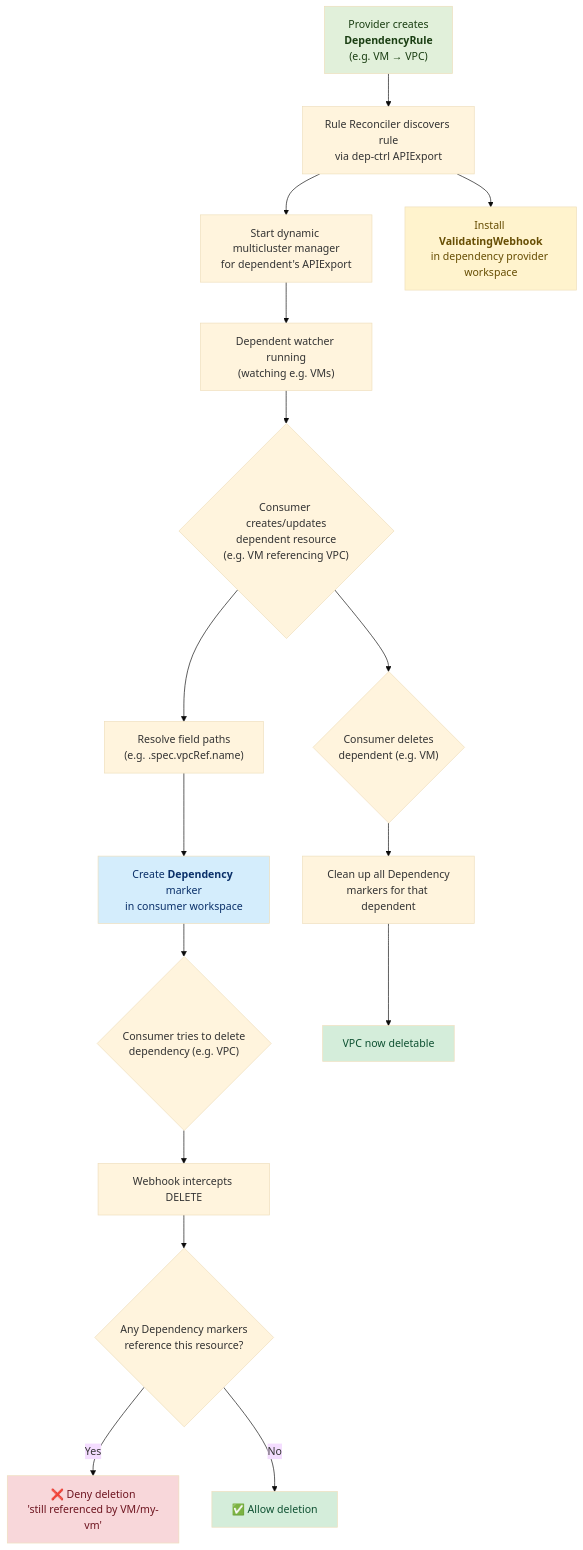
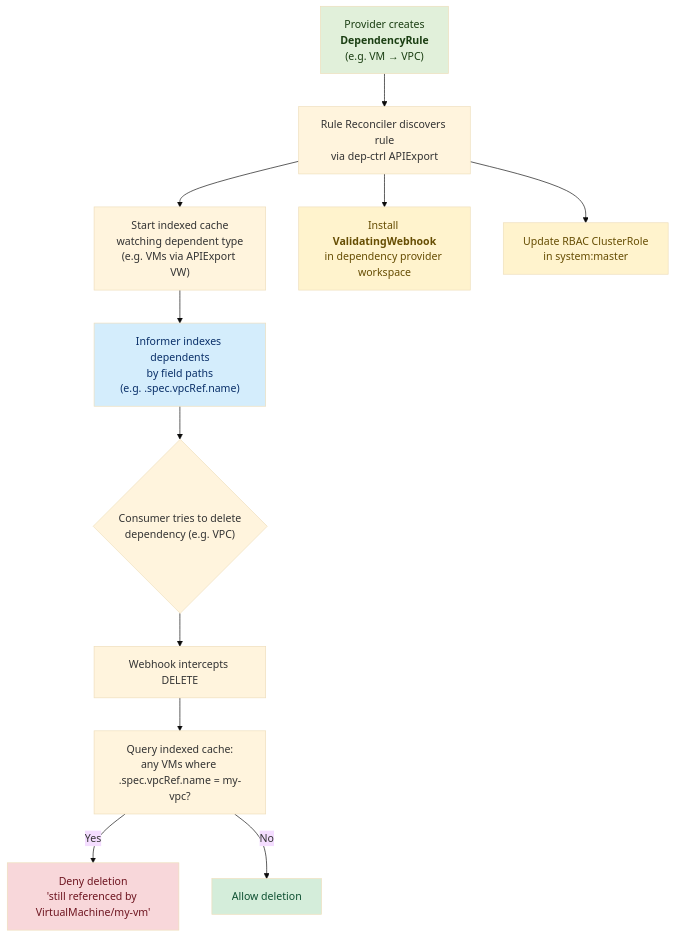
The first of 2 diagrams in README.md (opendefensecloud/dependency-controller), drawn with Mermaid (base theme) before and after one commit. The commit also changed other lines of this file and 19 other files, not shown here.

````diff
--- a/README.md
+++ b/README.md
@@ -16,29 +16,22 @@
 ```mermaid
 flowchart TD
     A["Provider creates<br/><b>DependencyRule</b><br/>(e.g. VM → VPC)"] --> B["Rule Reconciler discovers rule<br/>via dep-ctrl APIExport"]
-    B --> C["Start dynamic multicluster manager<br/>for dependent's APIExport"]
+    B --> C["Start indexed cache<br/>watching dependent type<br/>(e.g. VMs via APIExport VW)"]
     B --> D["Install <b>ValidatingWebhook</b><br/>in dependency provider workspace"]
+    B --> E["Update RBAC ClusterRole<br/>in system:master"]
 
-    C --> E["Dependent watcher running<br/>(watching e.g. VMs)"]
+    C --> F["Informer indexes dependents<br/>by field paths<br/>(e.g. .spec.vpcRef.name)"]
 
-    E --> F{"Consumer creates/updates<br/>dependent resource<br/>(e.g. VM referencing VPC)"}
-    F --> G["Resolve field paths<br/>(e.g. .spec.vpcRef.name)"]
-    G --> H["Create <b>Dependency</b> marker<br/>in consumer workspace"]
-
-    H --> I{"Consumer tries to delete<br/>dependency (e.g. VPC)"}
-    I --> J["Webhook intercepts DELETE"]
-    J --> K{"Any Dependency markers<br/>reference this resource?"}
-    K -- Yes --> L["❌ Deny deletion<br/>'still referenced by VM/my-vm'"]
-    K -- No --> M["✅ Allow deletion"]
-
-    F --> N{"Consumer deletes<br/>dependent (e.g. VM)"}
-    N --> O["Clean up all Dependency<br/>markers for that dependent"]
-    O --> P["VPC now deletable"]
+    F --> G{"Consumer tries to delete<br/>dependency (e.g. VPC)"}
+    G --> H["Webhook intercepts DELETE"]
+    H --> I["Query indexed cache:<br/>any VMs where .spec.vpcRef.name = my-vpc?"]
+    I -- Yes --> J["Deny deletion<br/>'still referenced by VirtualMachine/my-vm'"]
+    I -- No --> K["Allow deletion"]
 
     style A fill:#e1f0da,color:#1a3e12
     style D fill:#fff3cd,color:#664d03
-    style H fill:#d4edfc,color:#0a3069
-    style L fill:#f8d7da,color:#6e1520
-    style M fill:#d4edda,color:#0f5132
-    style P fill:#d4edda,color:#0f5132
+    style E fill:#fff3cd,color:#664d03
+    style F fill:#d4edfc,color:#0a3069
+    style J fill:#f8d7da,color:#6e1520
+    style K fill:#d4edda,color:#0f5132
 ```
````
